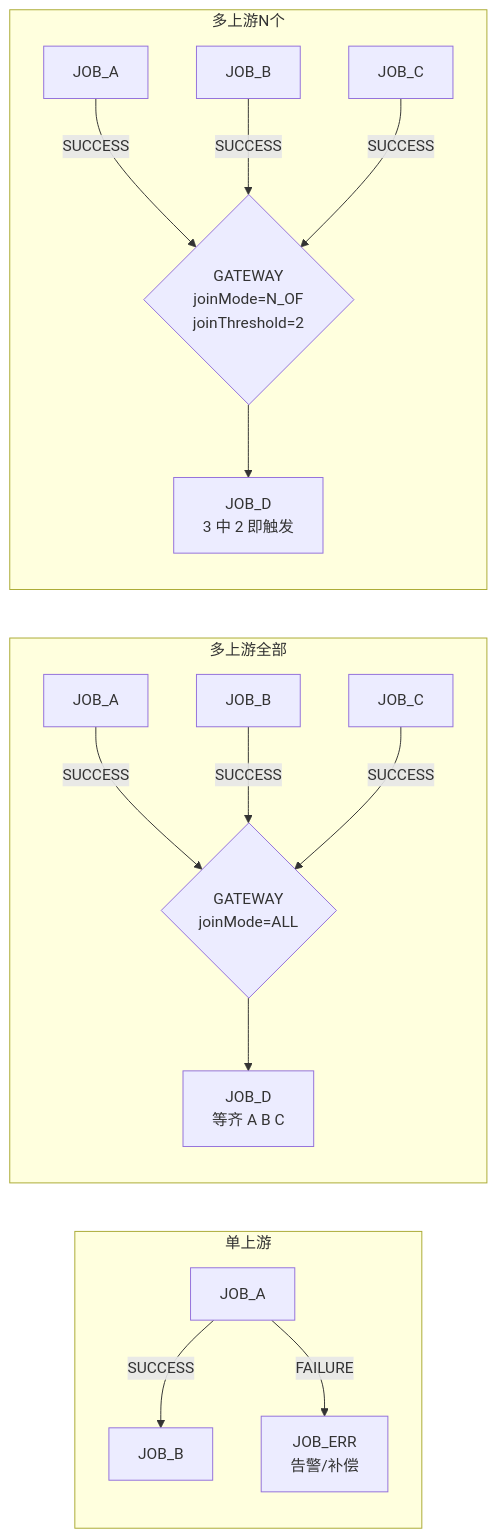
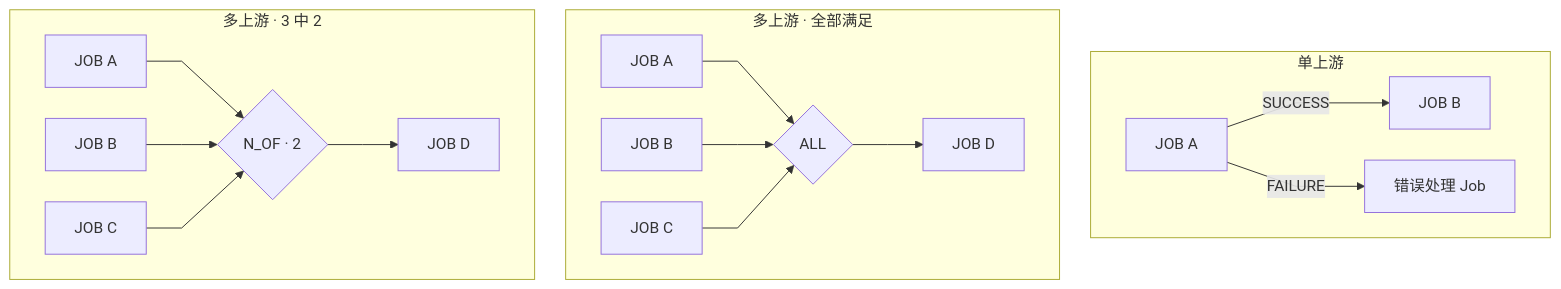
One commit to pinpols/file-batch-system changed the first of 6 diagrams in docs/architecture/workflow-dependency-guide.md. Above: the diagram before and after it, drawn with Mermaid. The commit also changed other lines of this file and 5032 other files, not shown here.

````diff
--- a/docs/architecture/workflow-dependency-guide.md
+++ b/docs/architecture/workflow-dependency-guide.md
@@ -12,21 +16,23 @@
 ```mermaid
-flowchart LR
-  subgraph 单上游
-    A1[JOB_A] -- SUCCESS --> A2[JOB_B]
-    A1 -- FAILURE --> A3[JOB_ERR<br/>告警/补偿]
+%%{init: {"flowchart":{"curve":"linear","nodeSpacing":32,"rankSpacing":48},"sequence":{"mirrorActors":false}}}%%
+flowchart TB
+  subgraph SINGLE["单上游"]
+    direction LR
+    A1["JOB A"] -->|"SUCCESS"| A2["JOB B"]
+    A1 -->|"FAILURE"| A3["错误处理 Job"]
   end
-
-  subgraph 多上游全部
-    B1[JOB_A] -- SUCCESS --> BG{GATEWAY<br/>joinMode=ALL}
-    B2[JOB_B] -- SUCCESS --> BG
-    B3[JOB_C] -- SUCCESS --> BG
-    BG --> B4[JOB_D<br/>等齐 A B C]
+  subgraph ALL["多上游 · 全部满足"]
+    direction LR
+    B1["JOB A"] --> BG{"ALL"}
+    B2["JOB B"] --> BG
+    B3["JOB C"] --> BG
+    BG --> B4["JOB D"]
   end
-
-  subgraph 多上游N个
-    C1[JOB_A] -- SUCCESS --> CG{GATEWAY<br/>joinMode=N_OF<br/>joinThreshold=2}
-    C2[JOB_B] -- SUCCESS --> CG
-    C3[JOB_C] -- SUCCESS --> CG
-    CG --> C4[JOB_D<br/>3 中 2 即触发]
+  subgraph N["多上游 · 3 中 2"]
+    direction LR
+    C1["JOB A"] --> CG{"N_OF · 2"}
+    C2["JOB B"] --> CG
+    C3["JOB C"] --> CG
+    CG --> C4["JOB D"]
   end
 ```
````
